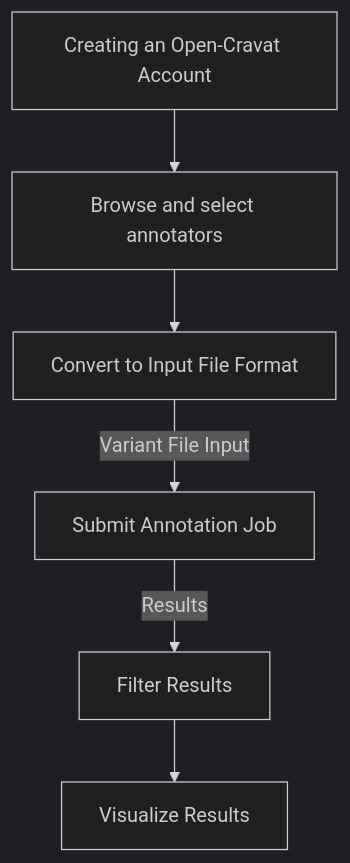
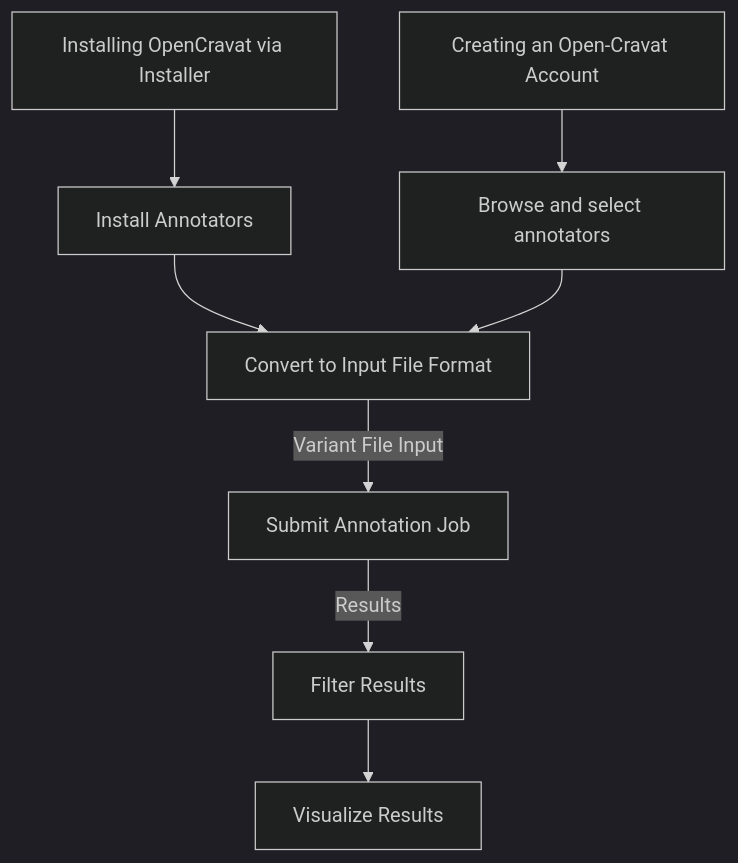
The diagram in getting_started_web.qmd (KarchinLab/oc_vignettes), drawn with Mermaid (dark theme) before and after one commit. The commit also changed other lines of this file and 6 other files, not shown here.

````diff
--- a/getting_started_web.qmd
+++ b/getting_started_web.qmd
@@ -30,13 +44,17 @@
 ```{mermaid}
 flowchart TD
     L[Creating an Open-Cravat Account] --> A
-    click L "#creating-an-open-cravat-account"
+    click L "#creating-an-open-cravat-account-web"
+    M[Installing OpenCravat via Installer] --> N
+    N["Install Annotators"] --> B
+    click M "#installing-open-cravat-via-installer-local"
+    click N "#install-annotators-local"
     A[Browse and select annotators] --> B[Convert to Input File Format]
-    click A "#browse-annotators"
+    click A "#browse-annotators-web"
     click B "#convert-to-input-file-format"
     B -->|Variant File Input| C[Submit Annotation Job]
     click C "#submit-annotation-job"
     C -->|Results|D["Filter Results"] --> E[Visualize Results]
     click D "#filter-results"
     click E "#visualize-results"
 ```
````
